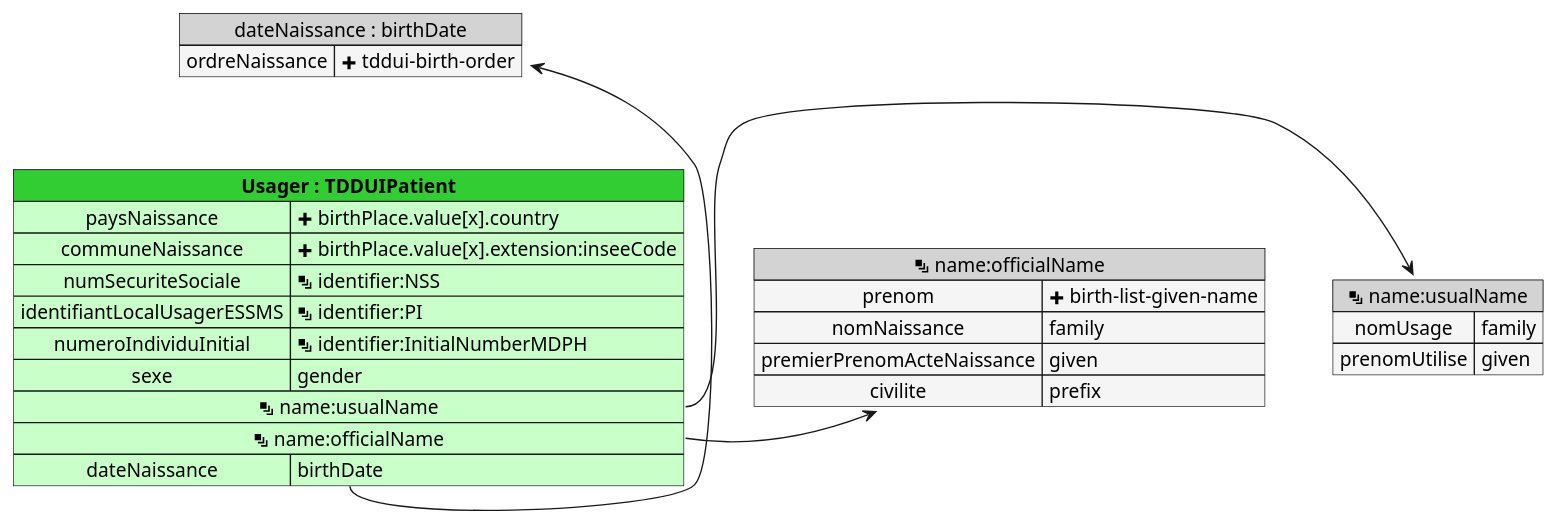
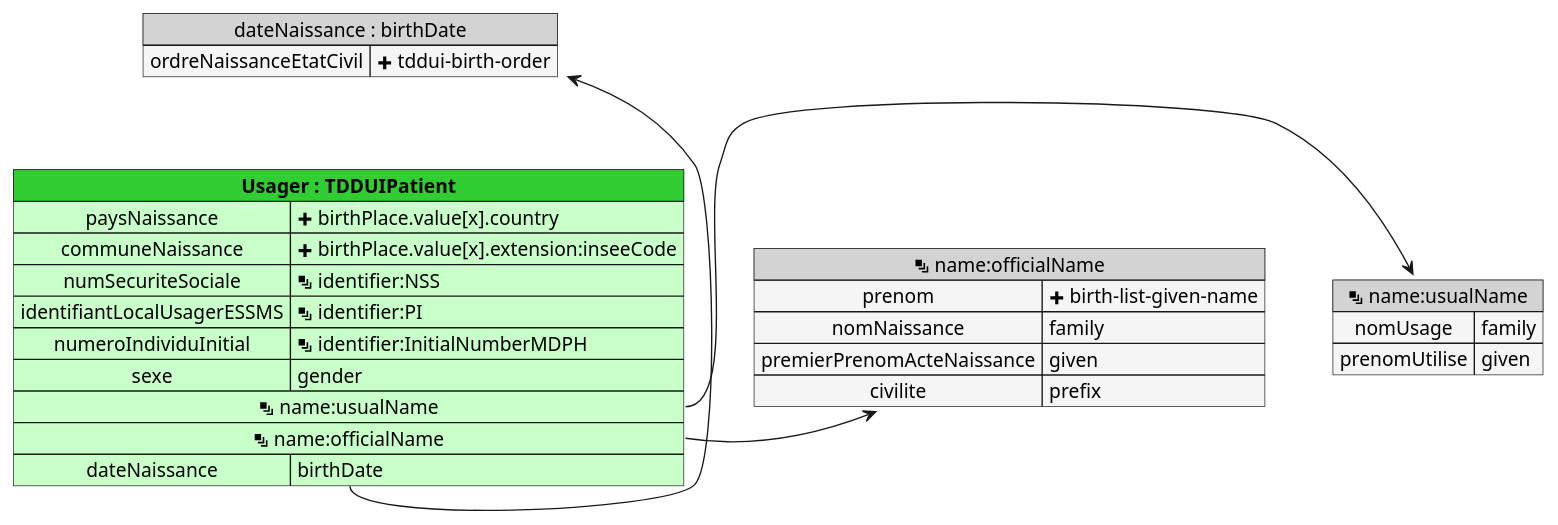
The diagram in input/images-source/mapping_TDDUIPatient.plantuml (ansforge/IG-fhir-medicosocial-transfert-donnees-dui), drawn with PlantUML before and after one commit. The commit also changed 1 other file, not shown here.

Commit message:
Mapping-majOrdreNaissanceEtatCivil

```diff
--- a/input/images-source/mapping_TDDUIPatient.plantuml
+++ b/input/images-source/mapping_TDDUIPatient.plantuml
@@ -1,33 +1,33 @@
 @startuml
 
 map "<&layers> name:usualName" as nameusualName #back:WhiteSmoke;header:LightGray {
     nomUsage => family
     prenomUtilise => given
 }
 
 map "<&layers> name:officialName" as nameofficialName #back:WhiteSmoke;header:LightGray {
     prenom => <&plus> birth-list-given-name
     nomNaissance => family
     premierPrenomActeNaissance => given
     civilite => prefix
 }
 
 map "dateNaissance : birthDate" as dateNaissance #back:WhiteSmoke;header:LightGray {
-    ordreNaissance => <&plus> tddui-birth-order
+    ordreNaissanceEtatCivil => <&plus> tddui-birth-order
 }
 
 map "**Usager : TDDUIPatient**" as Usager #back:TECHNOLOGY;header:LimeGreen {
     paysNaissance => <&plus> birthPlace.value[x].country
     communeNaissance => <&plus> birthPlace.value[x].extension:inseeCode
     numSecuriteSociale => <&layers> identifier:NSS
     identifiantLocalUsagerESSMS => <&layers> identifier:PI
     numeroIndividuInitial => <&layers> identifier:InitialNumberMDPH
     sexe => gender
     <&layers> name:usualName *-> nameusualName
     <&layers> name:officialName *-> nameofficialName
     dateNaissance => birthDate
 }
 
 Usager::dateNaissance -u-> dateNaissance
 
 @enduml
```
